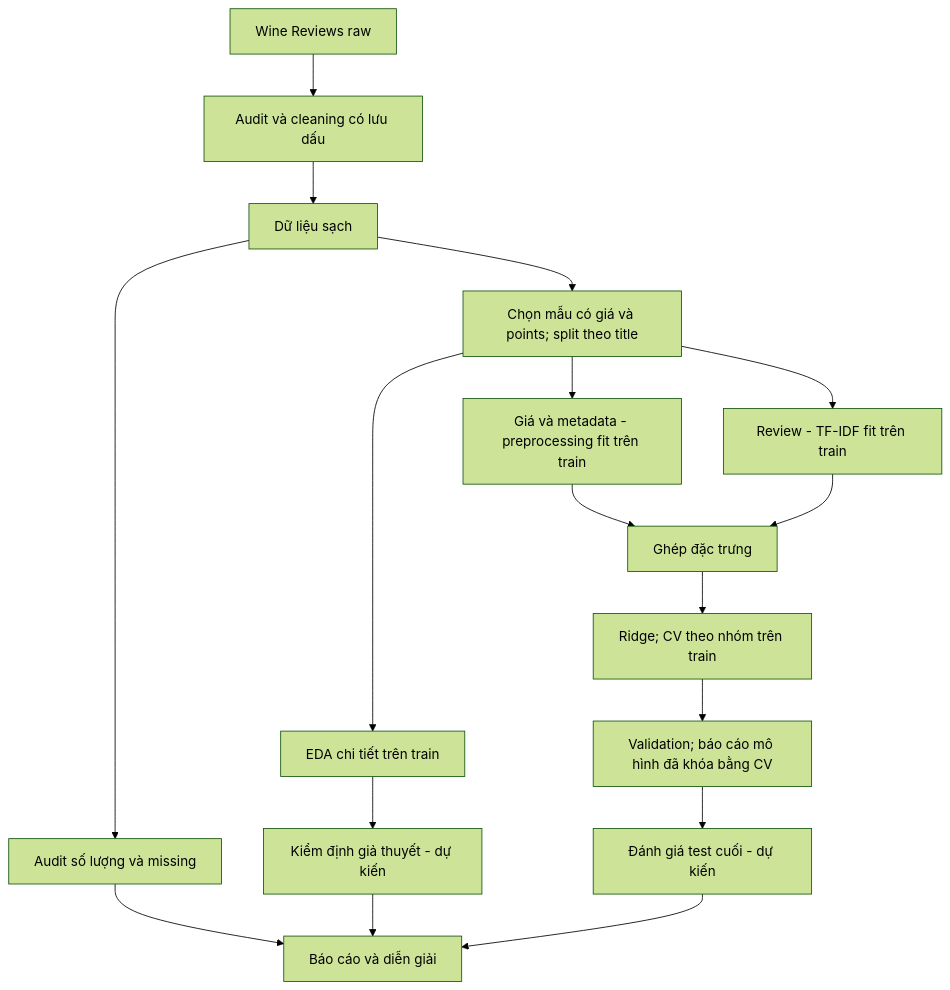
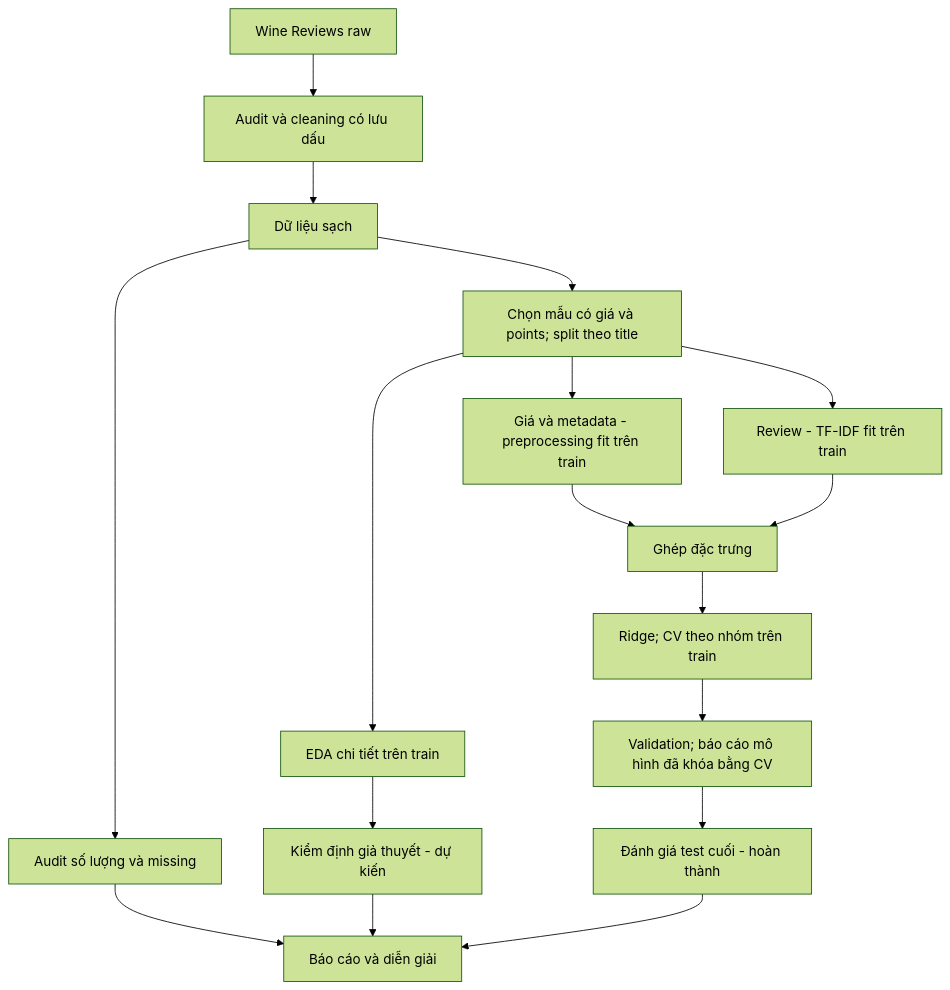
The diagram in README.md (Tdat2711/wine-quality-prediction), drawn with Mermaid (forest theme) before and after one commit. The commit also changed other lines of this file and 3 other files, not shown here.

````diff
--- a/README.md
+++ b/README.md
@@ -63,19 +63,19 @@
 ```mermaid
 flowchart TD
     R[Wine Reviews raw] --> A[Audit và cleaning có lưu dấu]
     A --> D[Dữ liệu sạch]
     D --> S[Chọn mẫu có giá và points; split theo title]
     D --> Q[Audit số lượng và missing]
     S --> E[EDA chi tiết trên train]
     E --> I[Kiểm định giả thuyết - dự kiến]
     S --> P[Giá và metadata - preprocessing fit trên train]
     S --> T[Review - TF-IDF fit trên train]
     P --> F[Ghép đặc trưng]
     T --> F
     F --> M[Ridge; CV theo nhóm trên train]
     M --> V[Validation; báo cáo mô hình đã khóa bằng CV]
-    V --> X[Đánh giá test cuối - dự kiến]
+    V --> X[Đánh giá test cuối - hoàn thành]
     Q --> B[Báo cáo và diễn giải]
     I --> B
     X --> B
 ```
````
